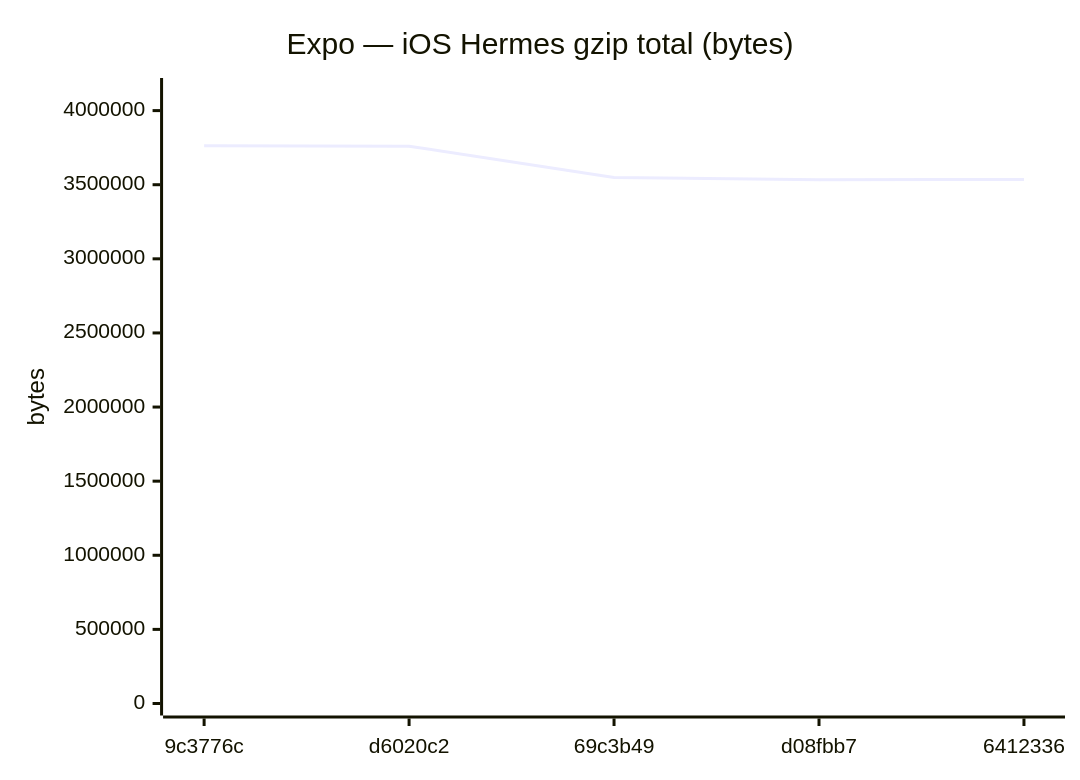
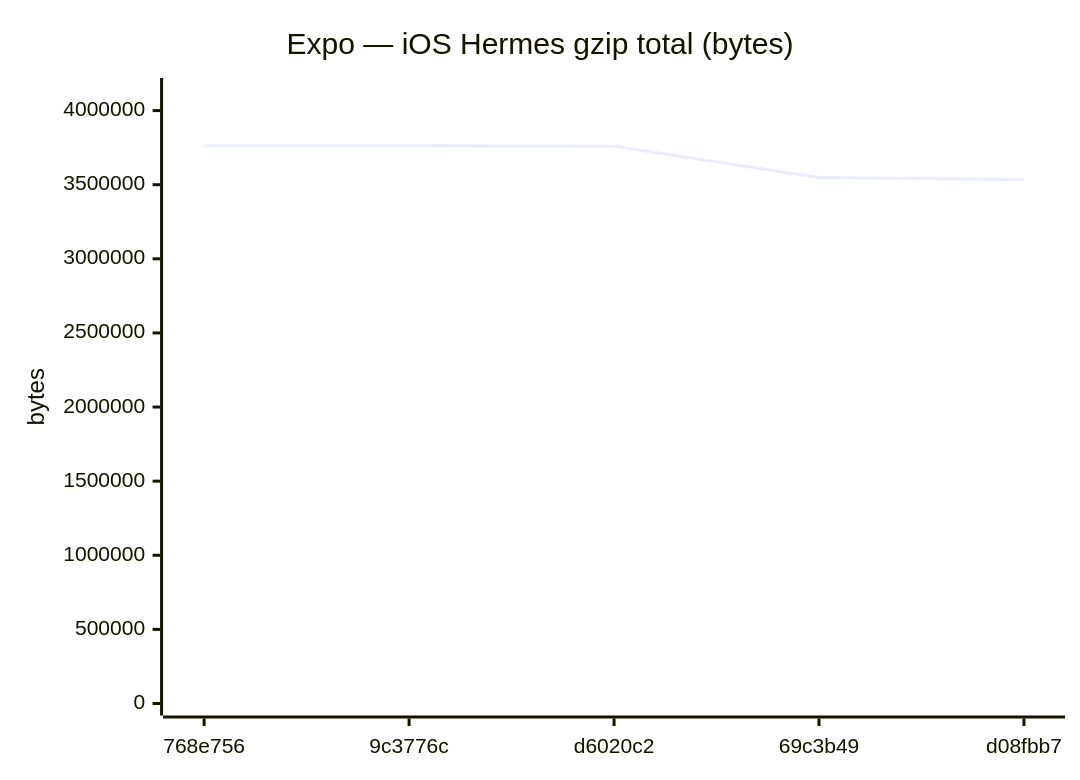
One commit to Metaheurist/Rianell changed diagram 12 of 18 in benchmarks/compare.md. Above: the diagram before and after it, drawn with Mermaid. The commit also changed other lines of this file and 11 other files, not shown here.

````diff
--- a/benchmarks/compare.md
+++ b/benchmarks/compare.md
@@ -179,7 +179,7 @@
 ```mermaid
 xychart-beta
     title "Expo — iOS Hermes gzip total (bytes)"
-    x-axis ["9c3776c", "d6020c2", "69c3b49", "d08fbb7", "6412336"]
+    x-axis ["768e756", "9c3776c", "d6020c2", "69c3b49", "d08fbb7"]
     y-axis "bytes" 0 --> 4139007
-    line [3762733, 3759872, 3548602, 3534279, 3535273]
+    line [3762498, 3762733, 3759872, 3548602, 3534279]
 ```
````
